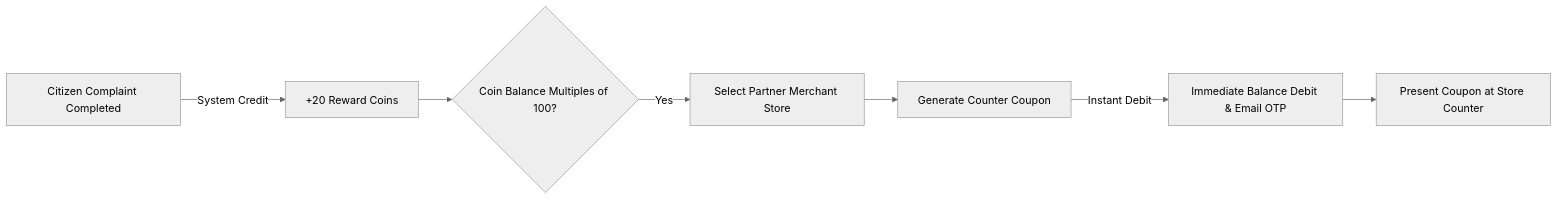
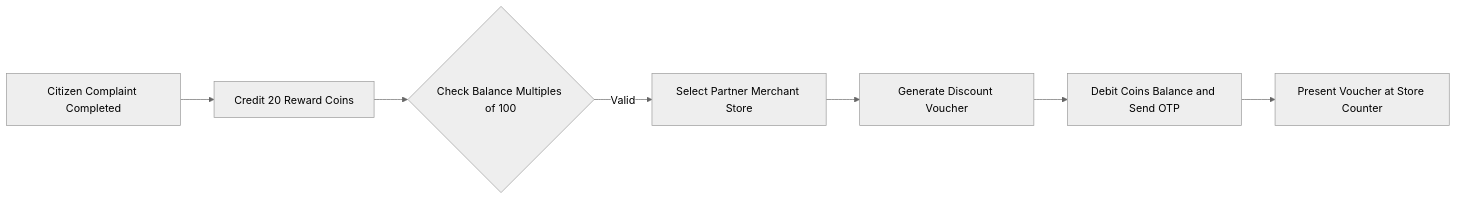
Before and after one commit to TechRaven18/GramSeva: the third of 3 diagrams in README.md, drawn with Mermaid (neutral theme). The commit also changed other lines of this file, not shown here.

````diff
--- a/README.md
+++ b/README.md
@@ -117,9 +113,9 @@
 ```mermaid
 flowchart LR
-    A[Citizen Complaint Completed] -->|System Credit| B[+20 Reward Coins]
-    B --> C{Coin Balance Multiples of 100?}
-    C -->|Yes| D[Select Partner Merchant Store]
-    D --> E[Generate Counter Coupon]
-    E -->|Instant Debit| F[Immediate Balance Debit & Email OTP]
-    F --> G[Present Coupon at Store Counter]
+    A["Citizen Complaint Completed"] --> B["Credit 20 Reward Coins"]
+    B --> C{"Check Balance Multiples of 100"}
+    C -->|Valid| D["Select Partner Merchant Store"]
+    D --> E["Generate Discount Voucher"]
+    E --> F["Debit Coins Balance and Send OTP"]
+    F --> G["Present Voucher at Store Counter"]
 ```
````
